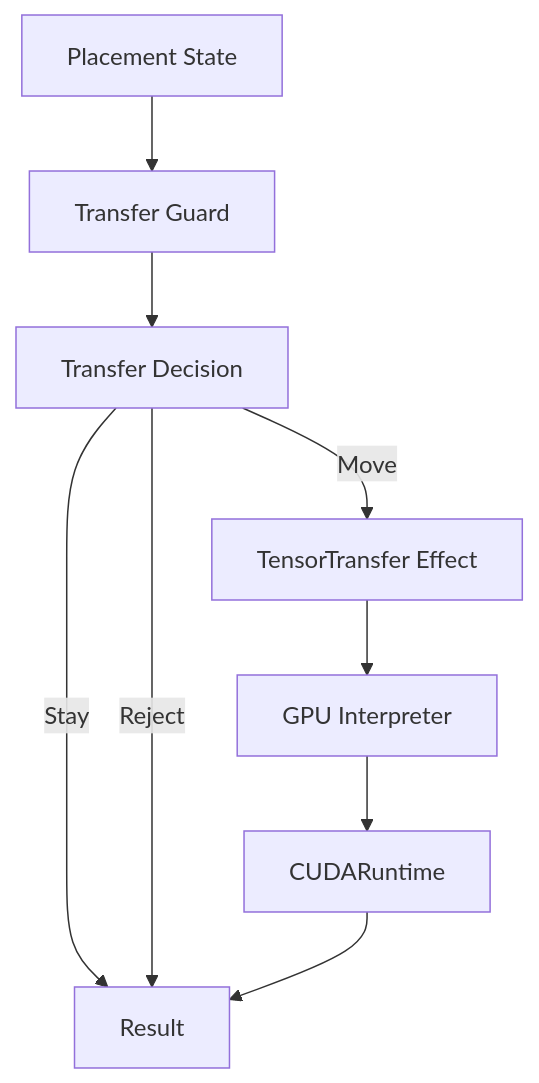
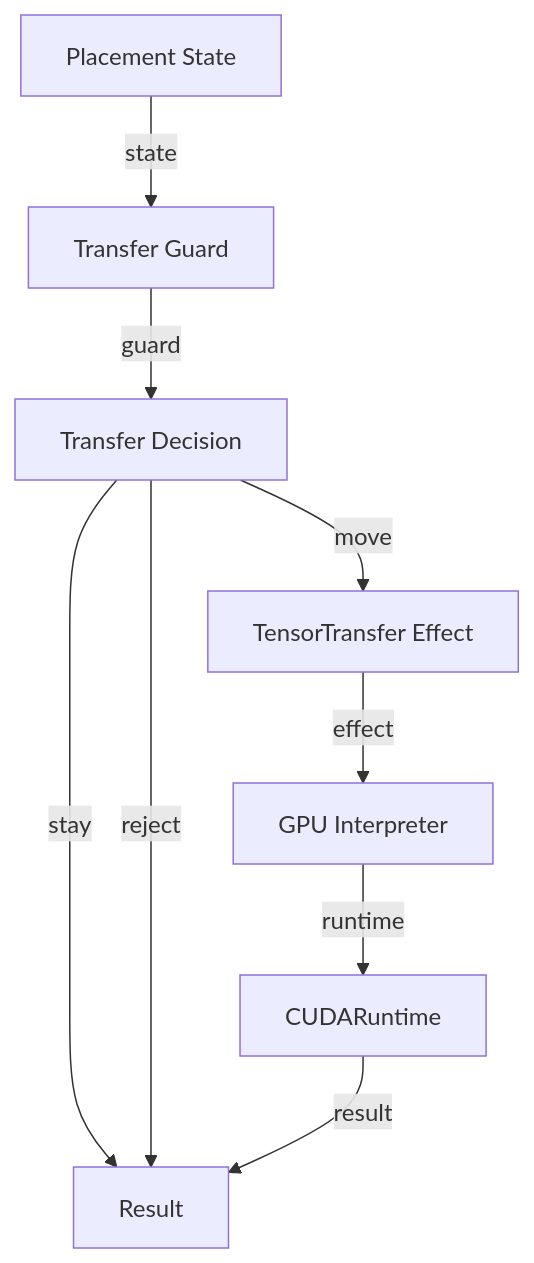
Before and after one commit to Tuee22/SpectralMC: the third of 5 diagrams in documents/engineering/effect_interpreter.md, drawn with Mermaid. The commit also changed other lines of this file and 29 other files, not shown here.

````diff
--- a/documents/engineering/effect_interpreter.md
+++ b/documents/engineering/effect_interpreter.md
@@ -479,19 +496,19 @@
 ```mermaid
 flowchart TB
     State[Placement State]
     Guard[Transfer Guard]
     Decision[Transfer Decision]
     EffectNode[TensorTransfer Effect]
     Interpreter[GPU Interpreter]
     Runtime[CUDARuntime]
     Result[Result]
 
-    State --> Guard
-    Guard --> Decision
-    Decision -->|Move| EffectNode
-    Decision -->|Stay| Result
-    Decision -->|Reject| Result
-    EffectNode --> Interpreter
-    Interpreter --> Runtime
-    Runtime --> Result
+    State -->|state| Guard
+    Guard -->|guard| Decision
+    Decision -->|move| EffectNode
+    Decision -->|stay| Result
+    Decision -->|reject| Result
+    EffectNode -->|effect| Interpreter
+    Interpreter -->|runtime| Runtime
+    Runtime -->|result| Result
 ```
````
